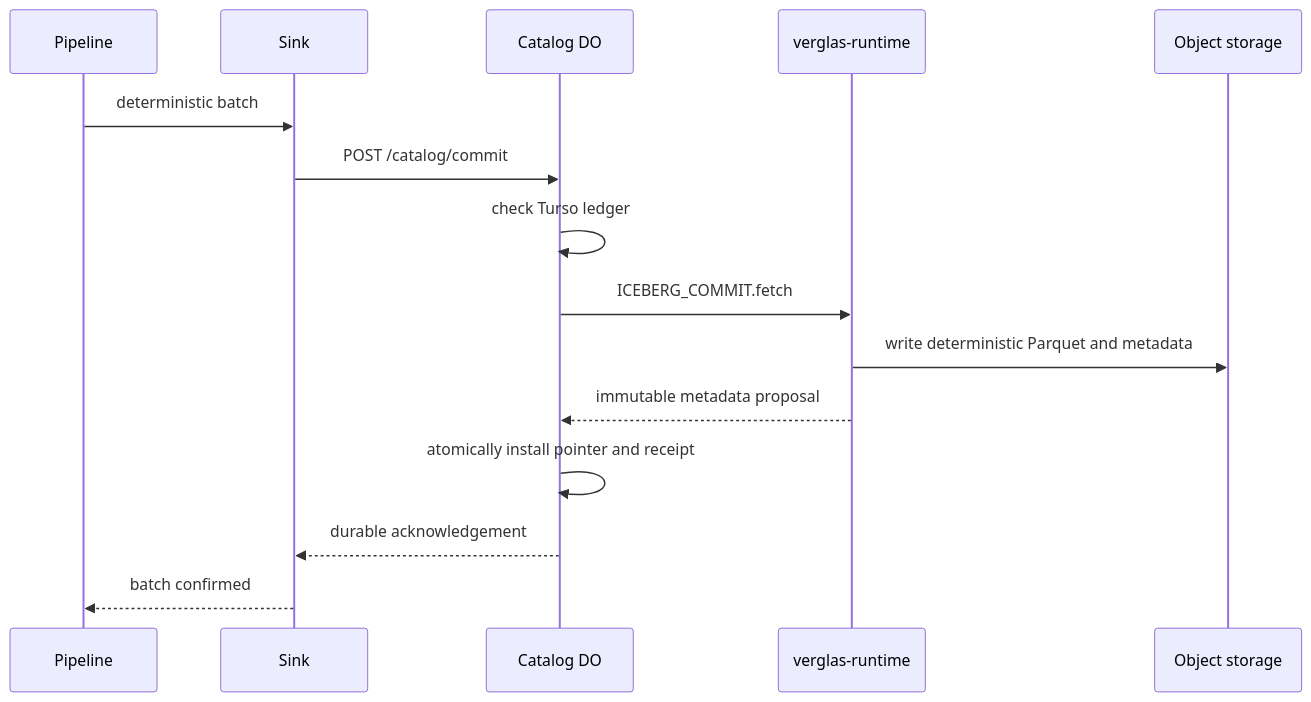
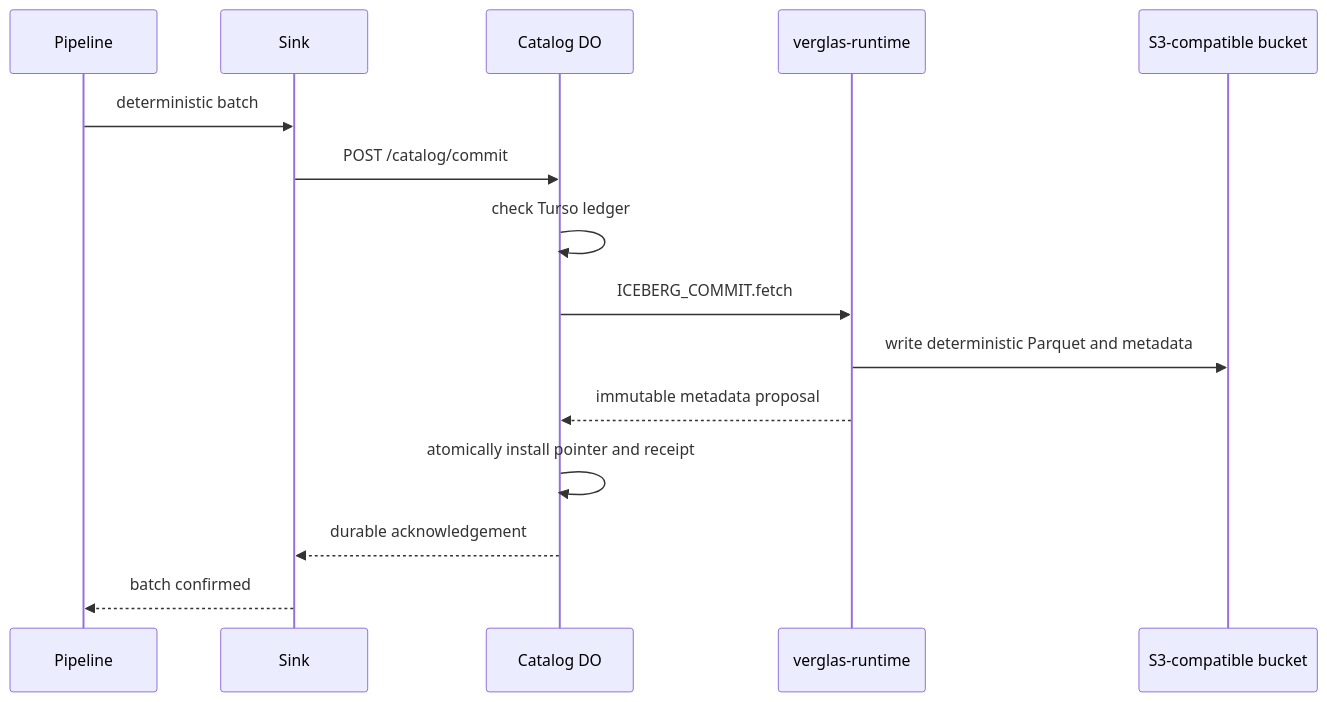
Before and after one commit to verglas-org/verglas: the diagram in docs/architecture/iceberg.mdx, drawn with Mermaid. The commit also changed other lines of this file and 88 other files, not shown here.

````diff
--- a/docs/architecture/iceberg.mdx
+++ b/docs/architecture/iceberg.mdx
@@ -20,18 +22,18 @@
 ```mermaid
 sequenceDiagram
     participant Pipeline
     participant Sink
     participant Catalog as Catalog DO
     participant Runtime as verglas-runtime
-    participant Origin as Object storage
+    participant Bucket as S3-compatible bucket
 
     Pipeline->>Sink: deterministic batch
     Sink->>Catalog: POST /catalog/commit
     Catalog->>Catalog: check Turso ledger
     Catalog->>Runtime: ICEBERG_COMMIT.fetch
-    Runtime->>Origin: write deterministic Parquet and metadata
+    Runtime->>Bucket: write deterministic Parquet and metadata
     Runtime-->>Catalog: immutable metadata proposal
     Catalog->>Catalog: atomically install pointer and receipt
     Catalog-->>Sink: durable acknowledgement
     Sink-->>Pipeline: batch confirmed
 ```
````
